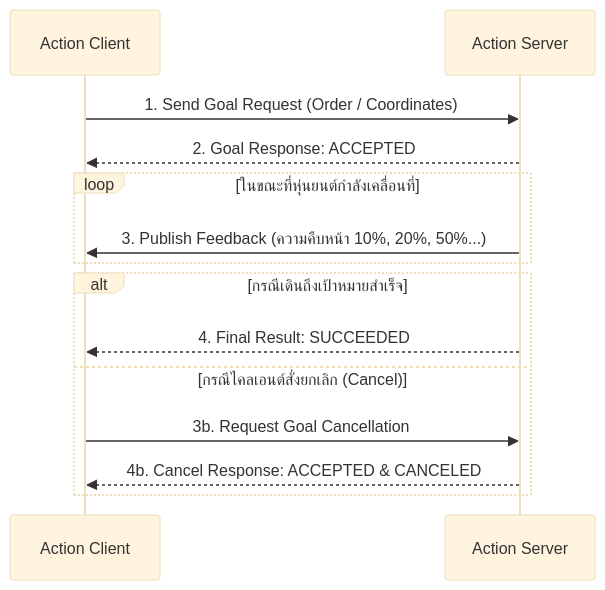
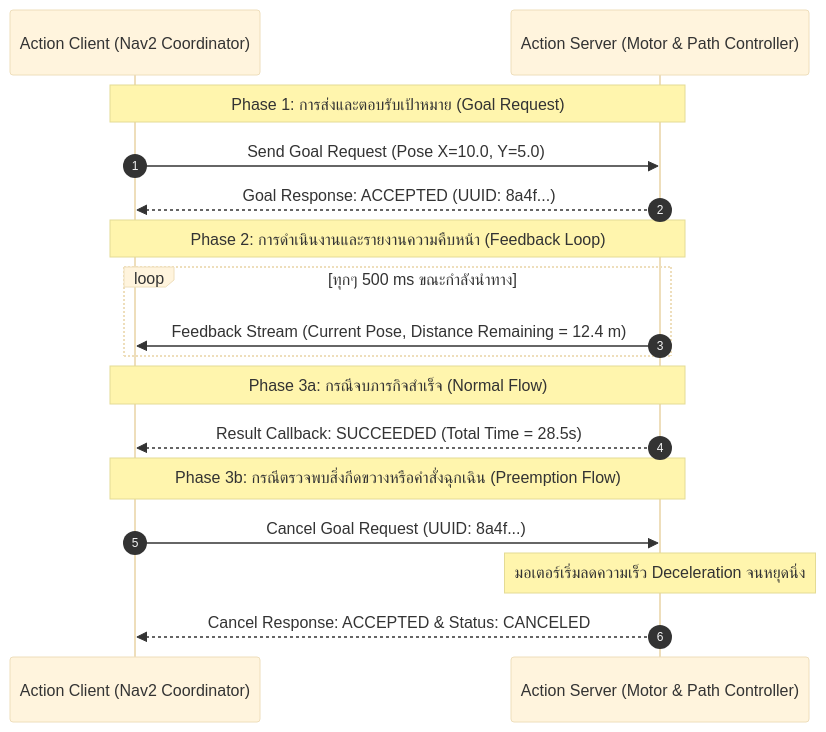
One commit to alfaXphoori/ros2 changed the first of 3 diagrams in Essential_ROS/Week_04_Actions_Preemption/Readme.md. Above: the diagram before and after it, drawn with Mermaid (base theme). The commit also changed other lines of this file and 15 other files, not shown here.

````diff
--- a/Essential_ROS/Week_04_Actions_Preemption/Readme.md
+++ b/Essential_ROS/Week_04_Actions_Preemption/Readme.md
@@ -40,17 +47,23 @@
 ```mermaid
 sequenceDiagram
-    participant Client as Action Client
-    participant Server as Action Server
+    autonumber
+    participant Client as Action Client (Nav2 Coordinator)
+    participant Server as Action Server (Motor & Path Controller)
 
-    Client->>Server: 1. Send Goal Request (Order / Coordinates)
-    Server-->>Client: 2. Goal Response: ACCEPTED
-    loop ในขณะที่หุ่นยนต์กำลังเคลื่อนที่
-        Server->>Client: 3. Publish Feedback (ความคืบหน้า 10%, 20%, 50%...)
+    Note over Client,Server: Phase 1: การส่งและตอบรับเป้าหมาย (Goal Request)
+    Client->>Server: Send Goal Request (Pose X=10.0, Y=5.0)
+    Server-->>Client: Goal Response: ACCEPTED (UUID: 8a4f...)
+
+    Note over Client,Server: Phase 2: การดำเนินงานและรายงานความคืบหน้า (Feedback Loop)
+    loop ทุกๆ 500 ms ขณะกำลังนำทาง
+        Server->>Client: Feedback Stream (Current Pose, Distance Remaining = 12.4 m)
     end
-    alt กรณีเดินถึงเป้าหมายสำเร็จ
-        Server-->>Client: 4. Final Result: SUCCEEDED
-    else กรณีไคลเอนต์สั่งยกเลิก (Cancel)
-        Client->>Server: 3b. Request Goal Cancellation
-        Server-->>Client: 4b. Cancel Response: ACCEPTED & CANCELED
-    end
+
+    Note over Client,Server: Phase 3a: กรณีจบภารกิจสำเร็จ (Normal Flow)
+    Server-->>Client: Result Callback: SUCCEEDED (Total Time = 28.5s)
+
+    Note over Client,Server: Phase 3b: กรณีตรวจพบสิ่งกีดขวางหรือคำสั่งฉุกเฉิน (Preemption Flow)
+    Client->>Server: Cancel Goal Request (UUID: 8a4f...)
+    Note over Server: มอเตอร์เริ่มลดความเร็ว Deceleration จนหยุดนิ่ง
+    Server-->>Client: Cancel Response: ACCEPTED & Status: CANCELED
 ```
````
